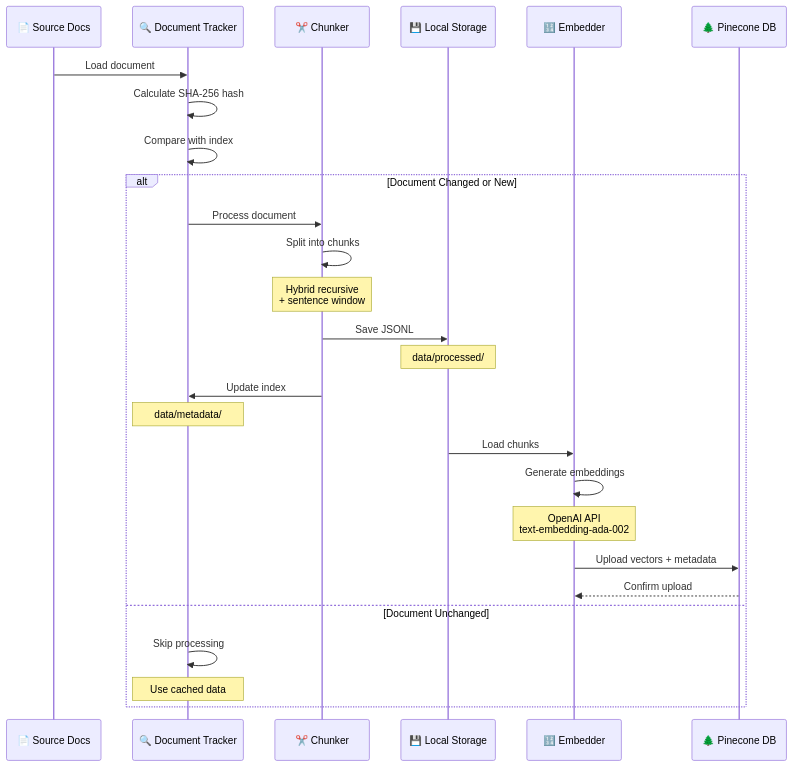
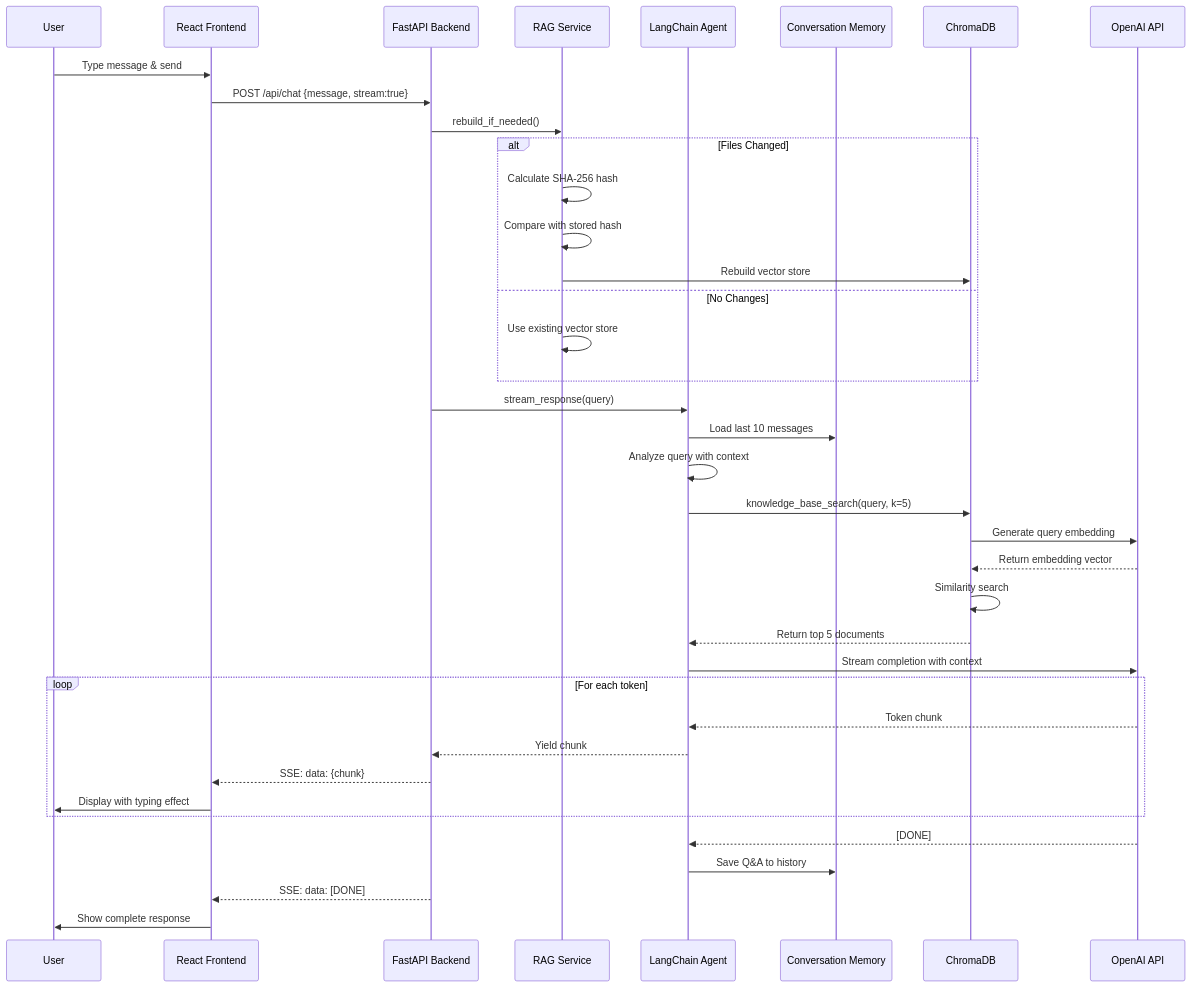
Before and after one commit to NinobraV/knowra-onboarding-agent: the second of 8 diagrams in README.md, drawn with Mermaid. The commit also changed other lines of this file and 76 other files, not shown here.

First line of the commit message:
Refactor: Remove hybrid recursive splitter and related components

````diff
--- a/README.md
+++ b/README.md
@@ -324,31 +118,45 @@
 ```mermaid
 sequenceDiagram
-    participant Docs as 📄 Source Docs
-    participant Tracker as 🔍 Document Tracker
-    participant Chunker as ✂️ Chunker
-    participant Storage as 💾 Local Storage
-    participant Embedder as 🔢 Embedder
-    participant Pinecone as 🌲 Pinecone DB
+    participant User
+    participant React as React Frontend
+    participant FastAPI as FastAPI Backend
+    participant RAG as RAG Service
+    participant Agent as LangChain Agent
+    participant Memory as Conversation Memory
+    participant Chroma as ChromaDB
+    participant OpenAI as OpenAI API
     
-    Docs->>Tracker: Load document
-    Tracker->>Tracker: Calculate SHA-256 hash
-    Tracker->>Tracker: Compare with index
+    User->>React: Type message & send
+    React->>FastAPI: POST /api/chat {message, stream:true}
+    FastAPI->>RAG: rebuild_if_needed()
     
-    alt Document Changed or New
-        Tracker->>Chunker: Process document
-        Chunker->>Chunker: Split into chunks
-        Note over Chunker: Hybrid recursive<br/>+ sentence window
-        Chunker->>Storage: Save JSONL
-        Note over Storage: data/processed/
-        Chunker->>Tracker: Update index
-        Note over Tracker: data/metadata/
-        Storage->>Embedder: Load chunks
-        Embedder->>Embedder: Generate embeddings
-        Note over Embedder: OpenAI API<br/>text-embedding-ada-002
-        Embedder->>Pinecone: Upload vectors + metadata
-        Pinecone-->>Embedder: Confirm upload
-    else Document Unchanged
-        Tracker->>Tracker: Skip processing
-        Note over Tracker: Use cached data
+    alt Files Changed
+        RAG->>RAG: Calculate SHA-256 hash
+        RAG->>RAG: Compare with stored hash
+        RAG->>Chroma: Rebuild vector store
+    else No Changes
+        RAG->>RAG: Use existing vector store
     end
+    
+    FastAPI->>Agent: stream_response(query)
+    Agent->>Memory: Load last 10 messages
+    Agent->>Agent: Analyze query with context
+    Agent->>Chroma: knowledge_base_search(query, k=5)
+    Chroma->>OpenAI: Generate query embedding
+    OpenAI-->>Chroma: Return embedding vector
+    Chroma->>Chroma: Similarity search
+    Chroma-->>Agent: Return top 5 documents
+    Agent->>OpenAI: Stream completion with context
+    
+    loop For each token
+        OpenAI-->>Agent: Token chunk
+        Agent-->>FastAPI: Yield chunk
+        FastAPI-->>React: SSE: data: {chunk}
+        React->>User: Display with typing effect
+    end
+    
+    OpenAI-->>Agent: [DONE]
+    Agent->>Memory: Save Q&A to history
+    FastAPI-->>React: SSE: data: [DONE]
+    React->>User: Show complete response
 ```
````
